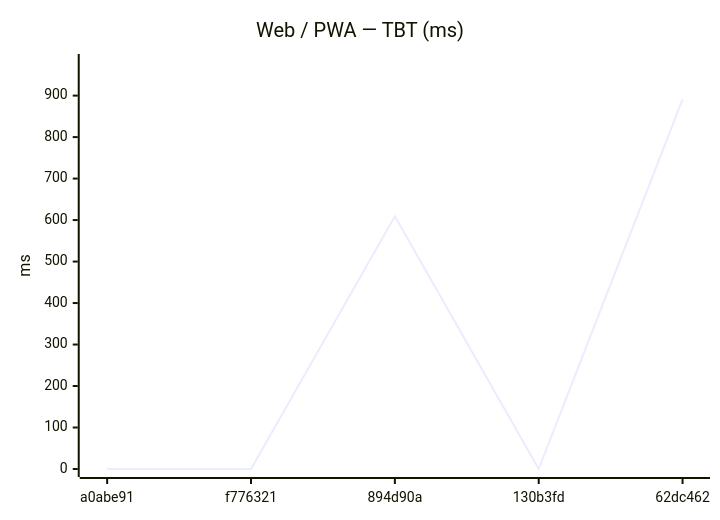
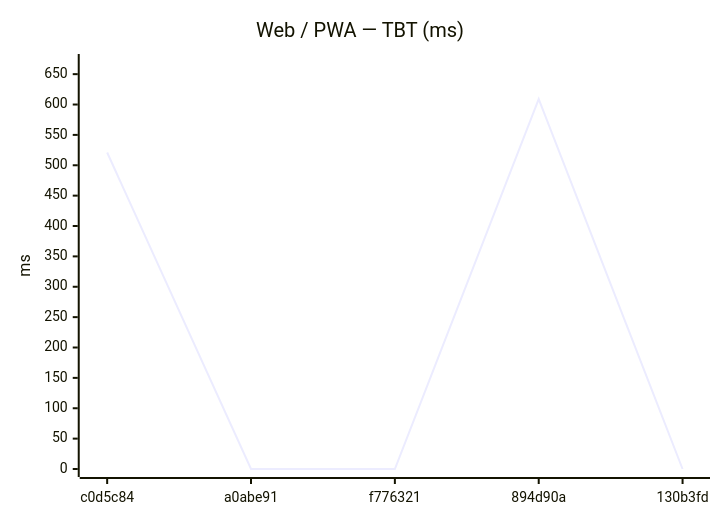
Before and after one commit to Metaheurist/Rianell: the eighth of 18 diagrams in benchmarks/compare.md, drawn with Mermaid. The commit also changed other lines of this file and 11 other files, not shown here.

````diff
--- a/benchmarks/compare.md
+++ b/benchmarks/compare.md
@@ -124,7 +124,7 @@
 ```mermaid
 xychart-beta
     title "Web / PWA — TBT (ms)"
-    x-axis ["a0abe91", "f776321", "894d90a", "130b3fd", "62dc462"]
-    y-axis "ms" 0 --> 981
-    line [0, 0, 609, 0, 891]
+    x-axis ["c0d5c84", "a0abe91", "f776321", "894d90a", "130b3fd"]
+    y-axis "ms" 0 --> 670
+    line [521, 0, 0, 609, 0]
 ```
````
